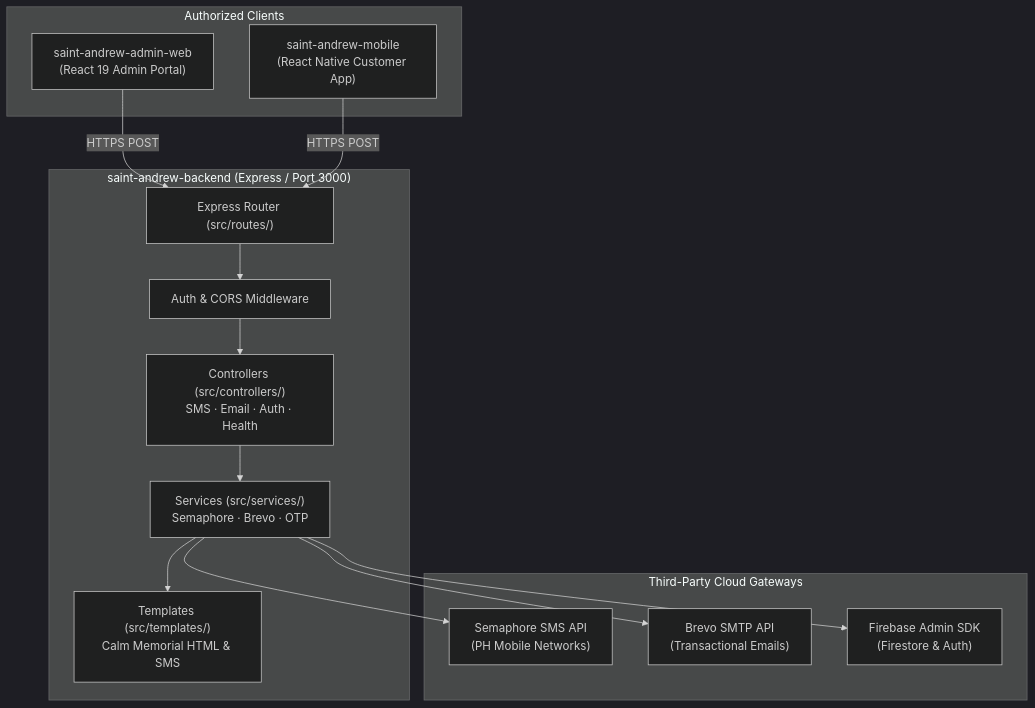
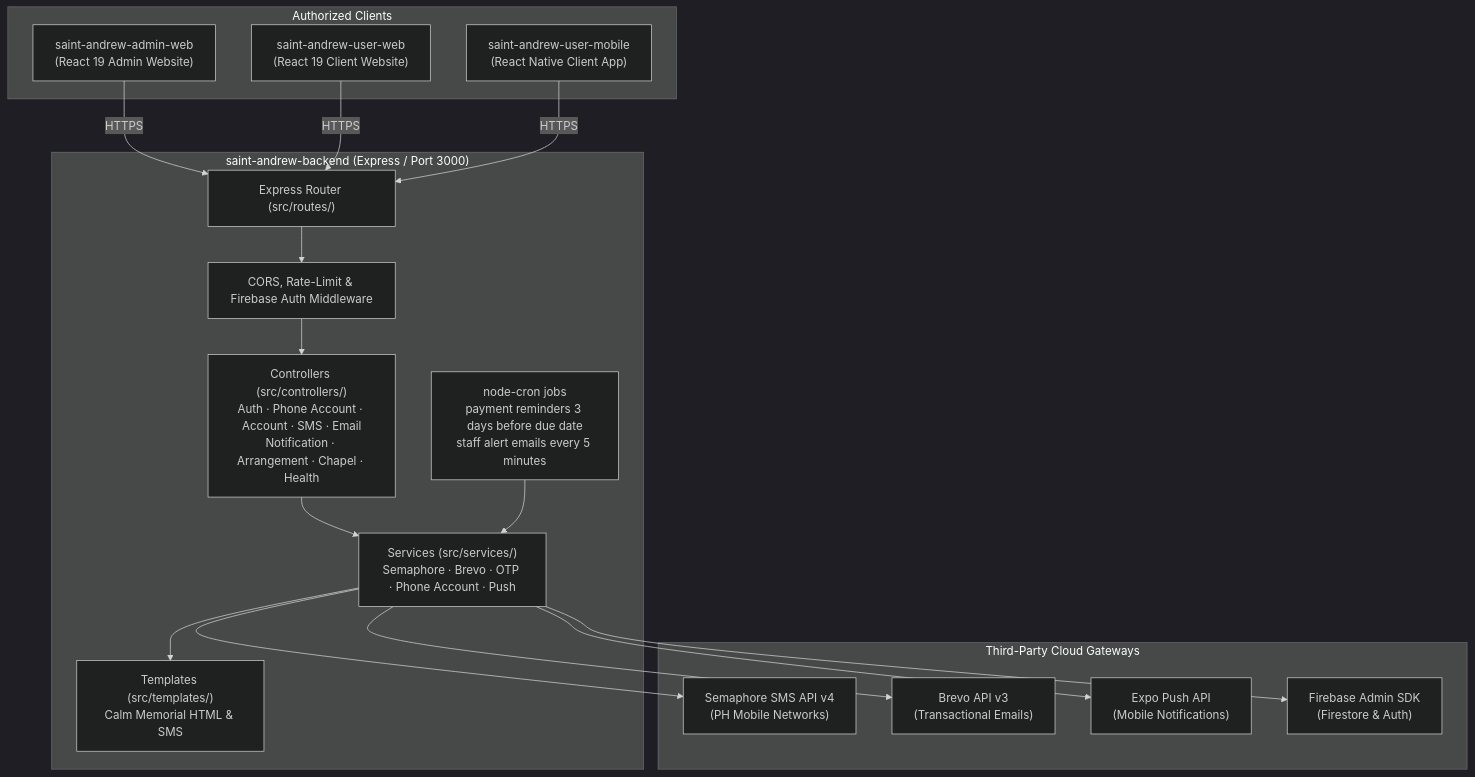
The diagram in ARCHITECTURE.md (jomadlcrz/saint-andrew-backend), drawn with Mermaid (dark theme) before and after one commit. The commit also changed 2 other files, not shown here.

Commit message:
feat(docs): update architecture and deployment guide for new client web and mobile applications

````diff
--- a/ARCHITECTURE.md
+++ b/ARCHITECTURE.md
@@ -14,31 +14,37 @@
 ```mermaid
 graph TB
     subgraph Clients["Authorized Clients"]
-        AdminWeb["saint-andrew-admin-web\n(React 19 Admin Portal)"]
-        MobileApp["saint-andrew-mobile\n(React Native Customer App)"]
+        AdminWeb["saint-andrew-admin-web<br/>(React 19 Admin Website)"]
+        UserWeb["saint-andrew-user-web<br/>(React 19 Client Website)"]
+        MobileApp["saint-andrew-user-mobile<br/>(React Native Client App)"]
     end
 
     subgraph BackendMicroservice["saint-andrew-backend (Express / Port 3000)"]
         Router["Express Router (src/routes/)"]
-        AuthMiddleware["Auth & CORS Middleware"]
-        Controllers["Controllers (src/controllers/)\nSMS · Email · Auth · Health"]
-        Services["Services (src/services/)\nSemaphore · Brevo · OTP"]
-        Templates["Templates (src/templates/)\nCalm Memorial HTML & SMS"]
+        AuthMiddleware["CORS, Rate-Limit & Firebase Auth Middleware"]
+        Controllers["Controllers (src/controllers/)<br/>Auth · Phone Account · Account · SMS · Email<br/>Notification · Arrangement · Chapel · Health"]
+        Services["Services (src/services/)<br/>Semaphore · Brevo · OTP · Phone Account · Push"]
+        Scheduler["node-cron jobs<br/>payment reminders 3 days before due date<br/>staff alert emails every 5 minutes"]
+        Templates["Templates (src/templates/)<br/>Calm Memorial HTML & SMS"]
     end
 
     subgraph ExternalGateways["Third-Party Cloud Gateways"]
-        SemaphoreGateway["Semaphore SMS API\n(PH Mobile Networks)"]
-        BrevoGateway["Brevo SMTP API\n(Transactional Emails)"]
-        FirebaseAdmin["Firebase Admin SDK\n(Firestore & Auth)"]
+        SemaphoreGateway["Semaphore SMS API v4<br/>(PH Mobile Networks)"]
+        BrevoGateway["Brevo API v3<br/>(Transactional Emails)"]
+        ExpoPush["Expo Push API<br/>(Mobile Notifications)"]
+        FirebaseAdmin["Firebase Admin SDK<br/>(Firestore & Auth)"]
     end
 
-    AdminWeb -->|HTTPS POST| Router
-    MobileApp -->|HTTPS POST| Router
+    AdminWeb -->|HTTPS| Router
+    UserWeb -->|HTTPS| Router
+    MobileApp -->|HTTPS| Router
     Router --> AuthMiddleware
     AuthMiddleware --> Controllers
     Controllers --> Services
     Services --> Templates
     Services --> SemaphoreGateway
     Services --> BrevoGateway
+    Services --> ExpoPush
     Services --> FirebaseAdmin
+    Scheduler --> Services
 ```
````
